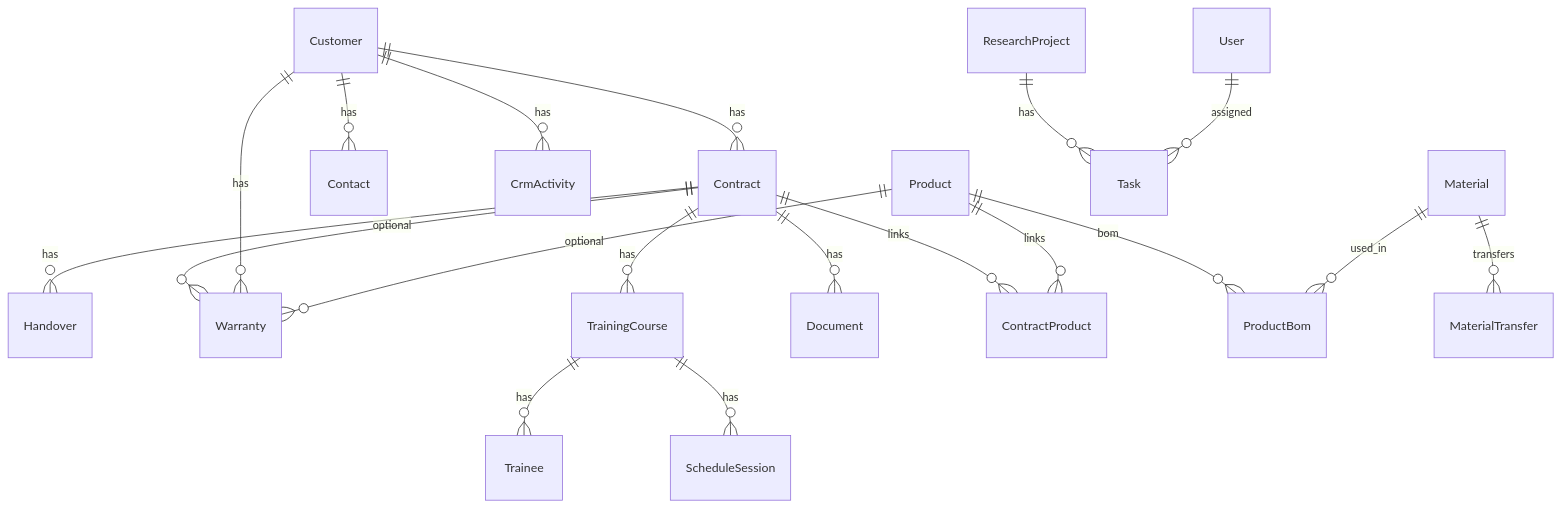
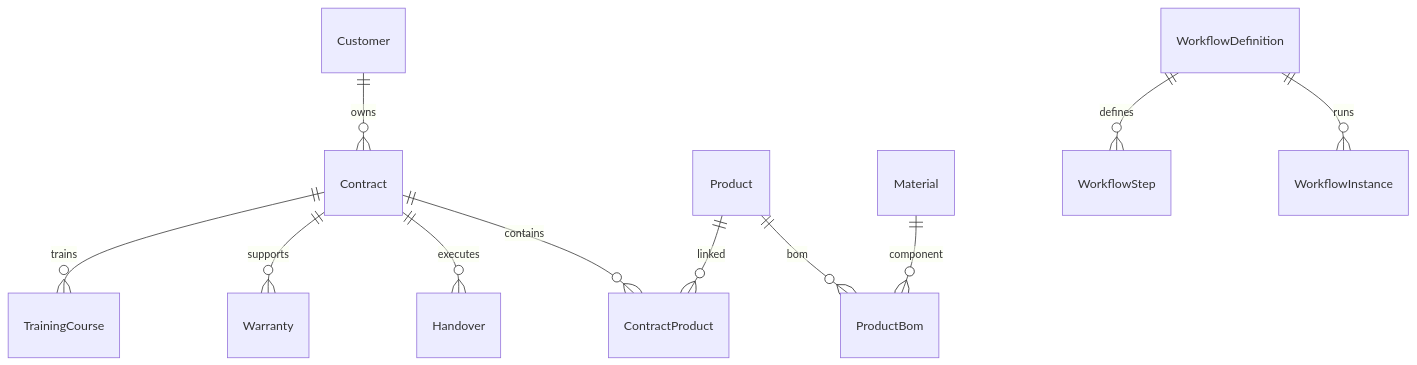
Before and after one commit to tuanna-maker/asms: the second of 2 diagrams in docs/SRS-ASMS.md, drawn with Mermaid. The commit also changed other lines of this file and 75 other files, not shown here.

````diff
--- a/docs/SRS-ASMS.md
+++ b/docs/SRS-ASMS.md
@@ -346,21 +309,13 @@
 ```mermaid
 erDiagram
-  Customer ||--o{ Contract : has
-  Customer ||--o{ Contact : has
-  Customer ||--o{ CrmActivity : has
-  Contract ||--o{ Handover : has
-  Contract ||--o{ Warranty : optional
-  Contract ||--o{ TrainingCourse : has
-  Contract ||--o{ Document : has
-  Customer ||--o{ Warranty : has
-  Product ||--o{ Warranty : optional
-  Contract ||--o{ ContractProduct : links
-  Product ||--o{ ContractProduct : links
+  Customer ||--o{ Contract : owns
+  Contract ||--o{ ContractProduct : contains
+  Product ||--o{ ContractProduct : linked
   Product ||--o{ ProductBom : bom
-  Material ||--o{ ProductBom : used_in
-  Material ||--o{ MaterialTransfer : transfers
-  TrainingCourse ||--o{ Trainee : has
-  TrainingCourse ||--o{ ScheduleSession : has
-  ResearchProject ||--o{ Task : has
-  User ||--o{ Task : assigned
+  Material ||--o{ ProductBom : component
+  Contract ||--o{ Handover : executes
+  Contract ||--o{ Warranty : supports
+  Contract ||--o{ TrainingCourse : trains
+  WorkflowDefinition ||--o{ WorkflowStep : defines
+  WorkflowDefinition ||--o{ WorkflowInstance : runs
 ```
````
